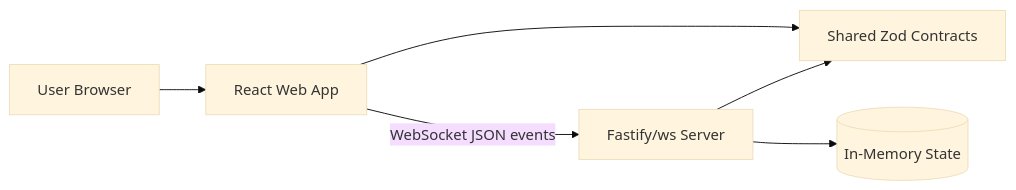
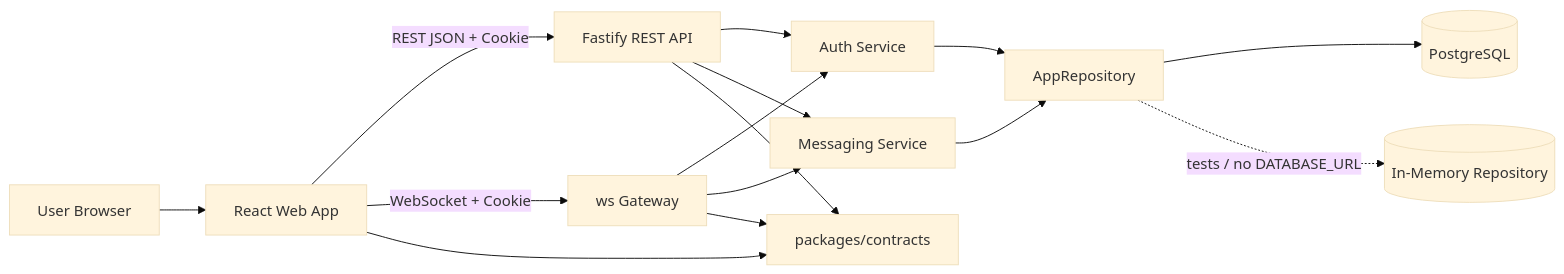
The first of 3 diagrams in docs/architecture.md (frank-mendez/pulse-chat-), drawn with Mermaid (base theme) before and after one commit. The commit also changed other lines of this file and 116 other files, not shown here.

````diff
--- a/docs/architecture.md
+++ b/docs/architecture.md
@@ -13,8 +22,17 @@
 ```mermaid
 flowchart LR
   User[User Browser] --> Web[React Web App]
-  Web -->|WebSocket JSON events| Server[Fastify/ws Server]
-  Server --> Contracts[Shared Zod Contracts]
-  Web --> Contracts
-  Server --> Memory[(In-Memory State)]
+  Web -->|REST JSON + Cookie| Api[Fastify REST API]
+  Web -->|WebSocket + Cookie| Gateway[ws Gateway]
+  Api --> Auth[Auth Service]
+  Gateway --> Auth
+  Api --> Messaging[Messaging Service]
+  Gateway --> Messaging
+  Auth --> Repo[AppRepository]
+  Messaging --> Repo
+  Repo --> Pg[(PostgreSQL)]
+  Repo -. tests / no DATABASE_URL .-> Memory[(In-Memory Repository)]
+  Web --> Contracts[packages/contracts]
+  Api --> Contracts
+  Gateway --> Contracts
 ```
````
